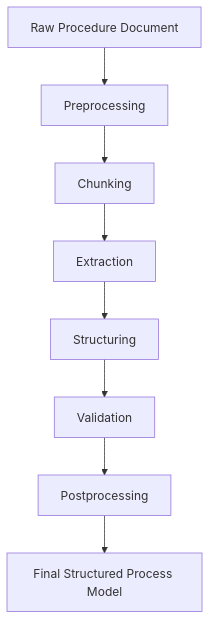
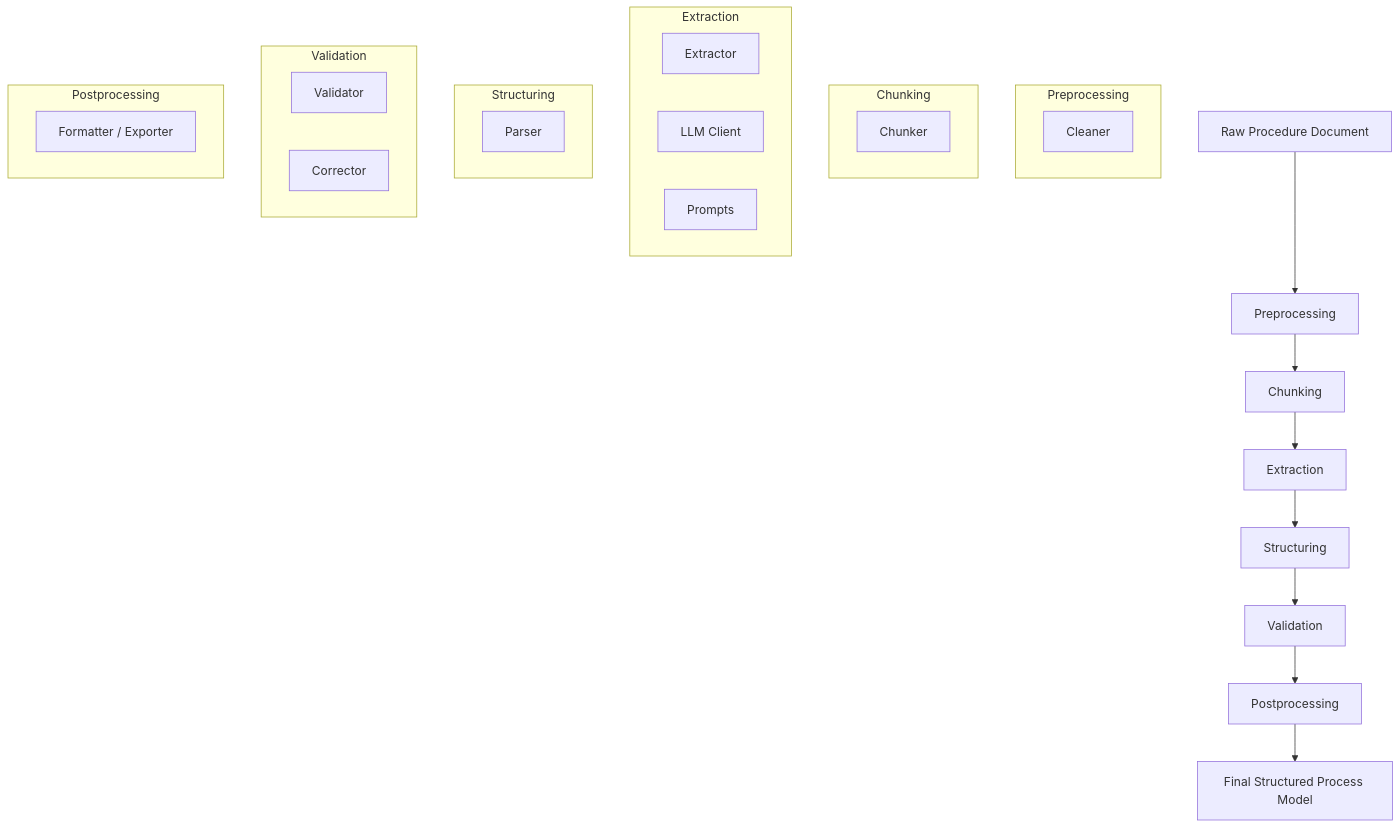
One commit to dtminnick/FlowIQ changed the diagram in README.md. Above: the diagram before and after it, drawn with Mermaid.

Commit message:
Readme updates

````diff
--- a/README.md
+++ b/README.md
@@ -5,10 +5,37 @@
 ```mermaid
 flowchart TD
     A[Raw Procedure Document] --> B[Preprocessing]
     B --> C[Chunking]
     C --> D[Extraction]
     D --> E[Structuring]
     E --> F[Validation]
     F --> G[Postprocessing]
     G --> H[Final Structured Process Model]
+
+    subgraph Preprocessing
+        B1[Cleaner]
+    end
+
+    subgraph Chunking
+        C1[Chunker]
+    end
+
+    subgraph Extraction
+        D1[Extractor]
+        D2[LLM Client]
+        D3[Prompts]
+    end
+
+    subgraph Structuring
+        E1[Parser]
+    end
+
+    subgraph Validation
+        F1[Validator]
+        F2[Corrector]
+    end
+
+    subgraph Postprocessing
+        G1[Formatter / Exporter]
+    end
 ```
````
